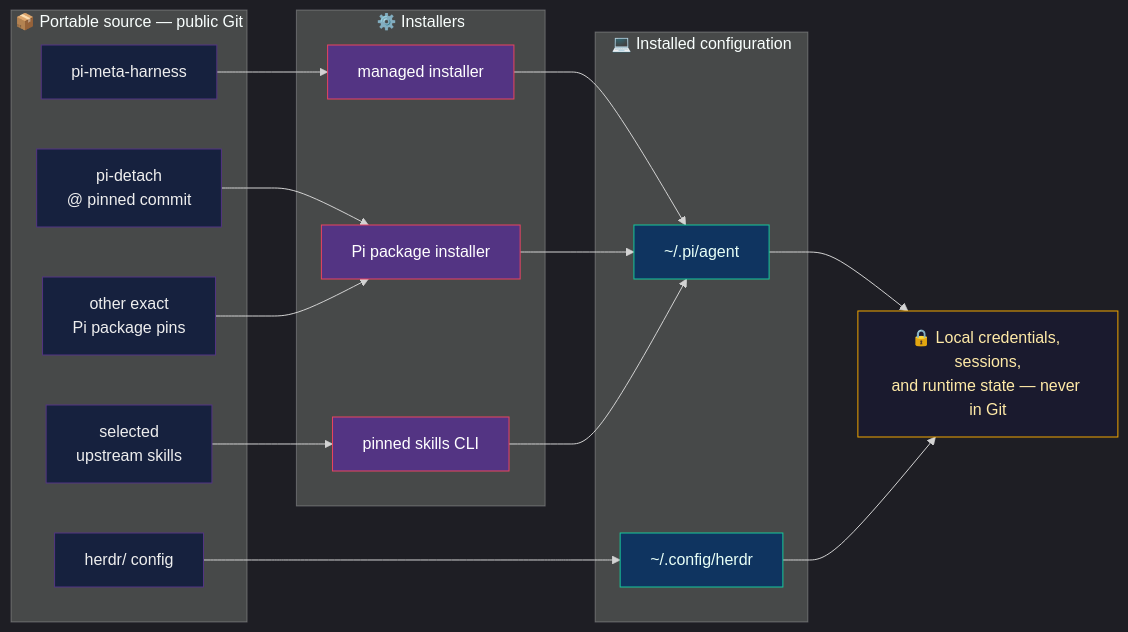
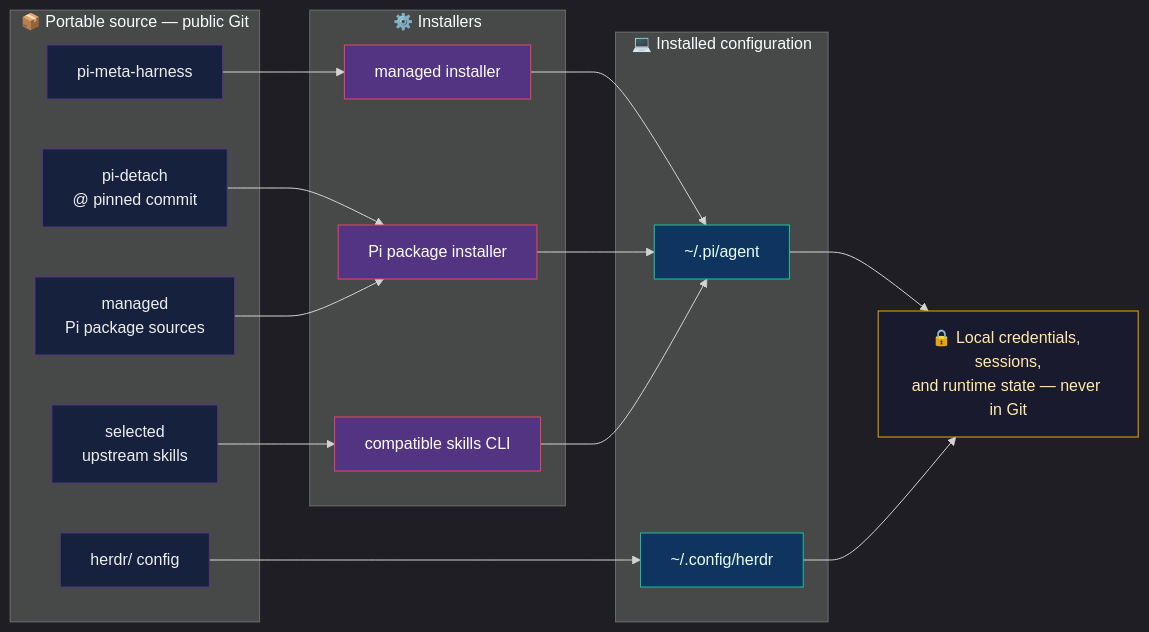
Before and after one commit to nourhelmi/pi-meta-harness: the diagram in docs/architecture.md, drawn with Mermaid. The commit also changed other lines of this file and 17 other files, not shown here.

````diff
--- a/docs/architecture.md
+++ b/docs/architecture.md
@@ -7,44 +7,44 @@
 ```mermaid
 ---
 config:
   theme: dark
   flowchart:
     curve: basis
 ---
 flowchart LR
   subgraph src ["📦 Portable source — public Git"]
     R["pi-meta-harness"]
     D["pi-detach\n@ pinned commit"]
-    U["other exact\nPi package pins"]
+    U["managed\nPi package sources"]
     K["selected\nupstream skills"]
     H["herdr/ config"]
   end
 
   subgraph inst ["⚙️ Installers"]
     I["managed installer"]
     P["Pi package installer"]
-    S["pinned skills CLI"]
+    S["compatible skills CLI"]
   end
 
   subgraph machine ["💻 Installed configuration"]
     C["~/.pi/agent"]
     HC["~/.config/herdr"]
   end
 
   R --> I --> C
   D --> P
   U --> P --> C
   K --> S --> C
   H --> HC
   C --> X["🔒 Local credentials, sessions,\nand runtime state — never in Git"]
   HC --> X
 
   classDef srcN fill:#16213e,stroke:#533483,color:#eee
   classDef instN fill:#533483,stroke:#e94560,color:#fff
   classDef machN fill:#0f3460,stroke:#16c79a,color:#e8fff7
   classDef privN fill:#1a1a2e,stroke:#f0a500,color:#ffeaa7
   class R,D,U,K,H srcN
   class I,P,S instN
   class C,HC machN
   class X privN
 ```
````
